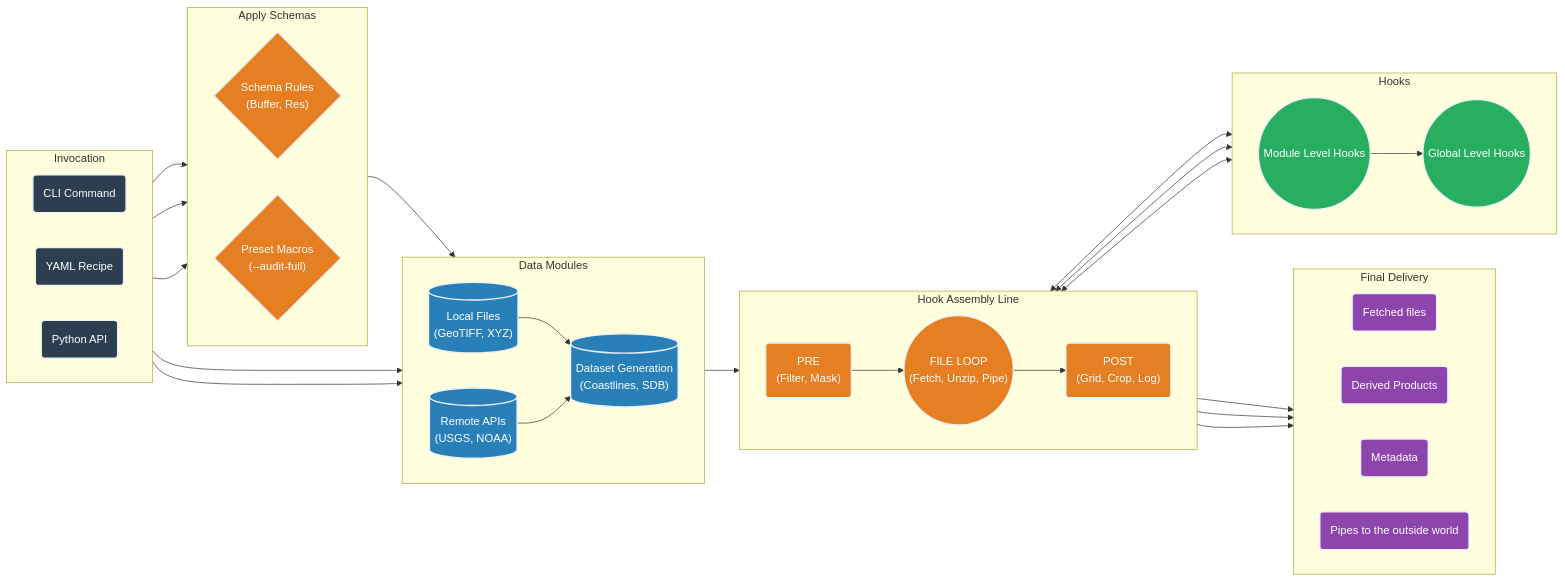
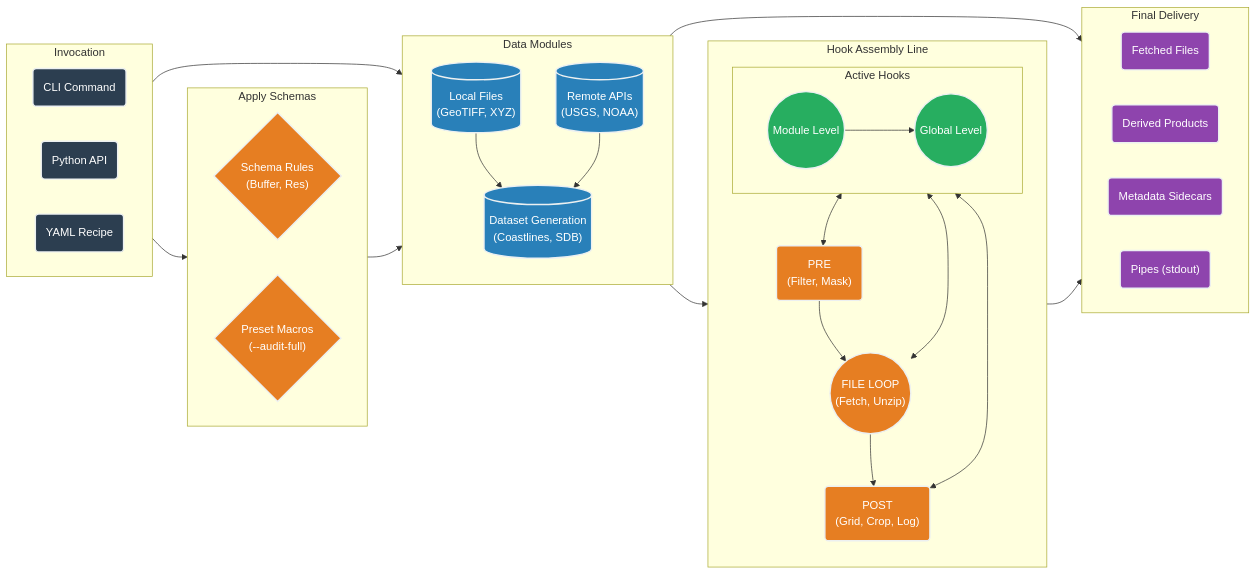
One commit to continuous-dems/fetchez changed the diagram in README.md. Above: the diagram before and after it, drawn with Mermaid.

Commit message:
mermaid test

````diff
--- a/README.md
+++ b/README.md
@@ -17,74 +17,76 @@
 ```mermaid
 flowchart LR
     %% Custom Styling
     classDef input fill:#2c3e50,stroke:#ecf0f1,stroke-width:2px,color:#fff,rx:5px,ry:5px;
     classDef engine fill:#e67e22,stroke:#ecf0f1,stroke-width:2px,color:#fff,rx:5px,ry:5px;
     classDef module fill:#2980b9,stroke:#ecf0f1,stroke-width:2px,color:#fff,rx:5px,ry:5px;
     classDef hook fill:#27ae60,stroke:#ecf0f1,stroke-width:2px,color:#fff,rx:5px,ry:5px;
     classDef output fill:#8e44ad,stroke:#ecf0f1,stroke-width:2px,color:#fff,rx:5px,ry:5px;
 
+    %% 1. Inputs
     subgraph Inputs ["Invocation"]
         direction LR
         CLI("CLI Command"):::input
+        API("Python API"):::input
         Recipe("YAML Recipe"):::input
-        API("Python API"):::input
     end
 
+    %% 2. Orchestration
     subgraph Schemas ["Apply Schemas"]
         direction LR
         Schema{"Schema Rules<br/>(Buffer, Res)"}:::engine
         Presets{"Preset Macros<br/>(--audit-full)"}:::engine
     end
 
+    %% 3. Data Sources
     subgraph Sources ["Data Modules"]
-        direction LR
+        direction TB
         Remote[("Remote APIs<br/>(USGS, NOAA)")]:::module
         Local[("Local Files<br/>(GeoTIFF, XYZ)")]:::module
-		Tools[("Dataset Generation<br/>(Coastlines, SDB)")]:::module
+        Tools[("Dataset Generation<br/>(Coastlines, SDB)")]:::module
 
-		Local --> Tools
+        Local --> Tools
         Remote --> Tools
     end
 
+    %% 4. The Pipeline
+    subgraph Pipeline ["Hook Assembly Line"]
+        direction TB
 
-    subgraph Pipeline ["Hook Assembly Line"]
-        direction LR
+        subgraph HookTypes ["Active Hooks"]
+            direction LR
+            ModHooks(("Module Level")):::hook
+            GlobHooks(("Global Level")):::hook
+            ModHooks --> GlobHooks
+        end
+
         Pre("PRE<br/>(Filter, Mask)"):::engine
-        File(("FILE LOOP<br/>(Fetch, Unzip, Pipe)")):::engine
+        File(("FILE LOOP<br/>(Fetch, Unzip)")):::engine
         Post("POST<br/>(Grid, Crop, Log)"):::engine
 
-        Pre-->File
-        File-->Post
+        Pre --> File --> Post
+
+        %% Invisible link to force side-by-side rendering inside the subgraph
+        HookTypes ~~~ Pre
+        Pre <--> HookTypes
+        File <--> HookTypes
+        Post <--> HookTypes
     end
 
+    %% 5. Outputs
     subgraph Out ["Final Delivery"]
         direction LR
-        Files("Fetched files"):::output
+        Files("Fetched Files"):::output
         Products("Derived Products"):::output
-		Metadata("Metadata"):::output
-        Pipes("Pipes to the outside world"):::output
-    end
-
-    subgraph Hooks ["Hooks"]
-        direction LR
-        ModuleLevelHooks(("Module Level Hooks")):::hook
-        GlobalLevelHooks(("Global Level Hooks")):::hook
-        ModuleLevelHooks-->GlobalLevelHooks
+        Metadata("Metadata Sidecars"):::output
+        Pipes("Pipes (stdout)"):::output
     end
 
     %% Connections
-    CLI --> Sources
-    CLI --> Schemas
-    API --> Sources
-    Recipe --> Schemas
-    API --> Schemas
+    Inputs --> Schemas
+    Inputs --> Sources
     Schemas --> Sources
     Sources --> Pipeline
-	%% Sources --> Out
-    Pre <--> Hooks
-    Pre --> Out
-    File <--> Hooks
-    File --> Out
-    Post <--> Hooks
-    Post --> Out
+    Sources --> Out
+    Pipeline --> Out
 ```
````
